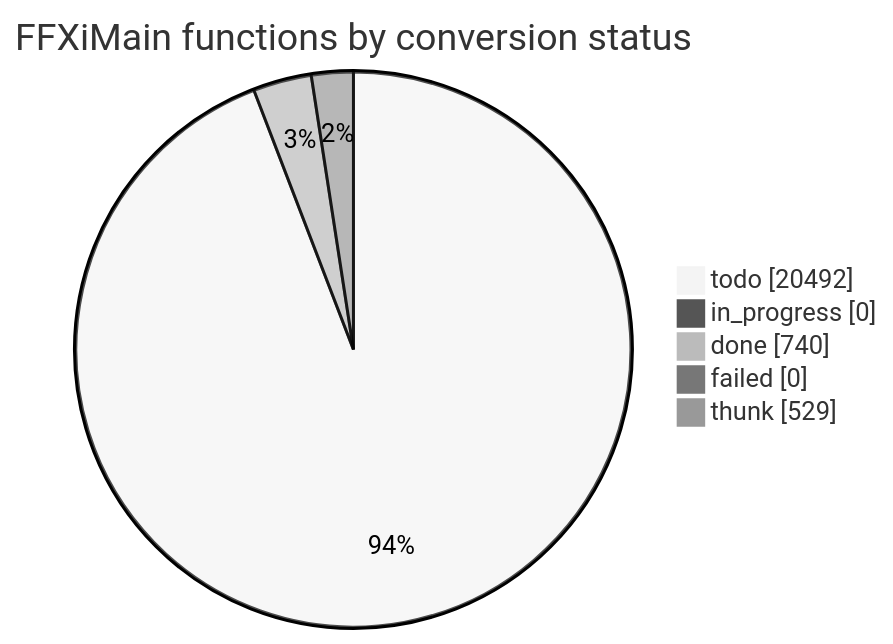
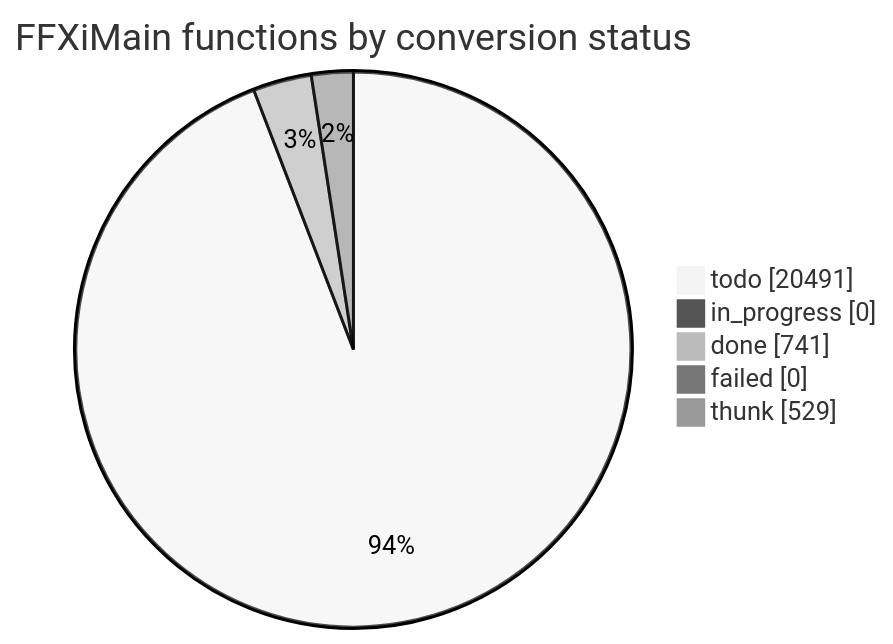
Before and after one commit to cowrevenge/cow_kuluu_xi_anything: the diagram in docs/cow/STATUS.md, drawn with Mermaid (neutral theme). The commit also changed other lines of this file and 9 other files, not shown here.

````diff
--- a/docs/cow/STATUS.md
+++ b/docs/cow/STATUS.md
@@ -18,9 +18,9 @@
 ```mermaid
 pie showData
     title FFXiMain functions by conversion status
-    "todo" : 20492
+    "todo" : 20491
     "in_progress" : 0
-    "done" : 740
+    "done" : 741
     "failed" : 0
     "thunk" : 529
 ```
````
